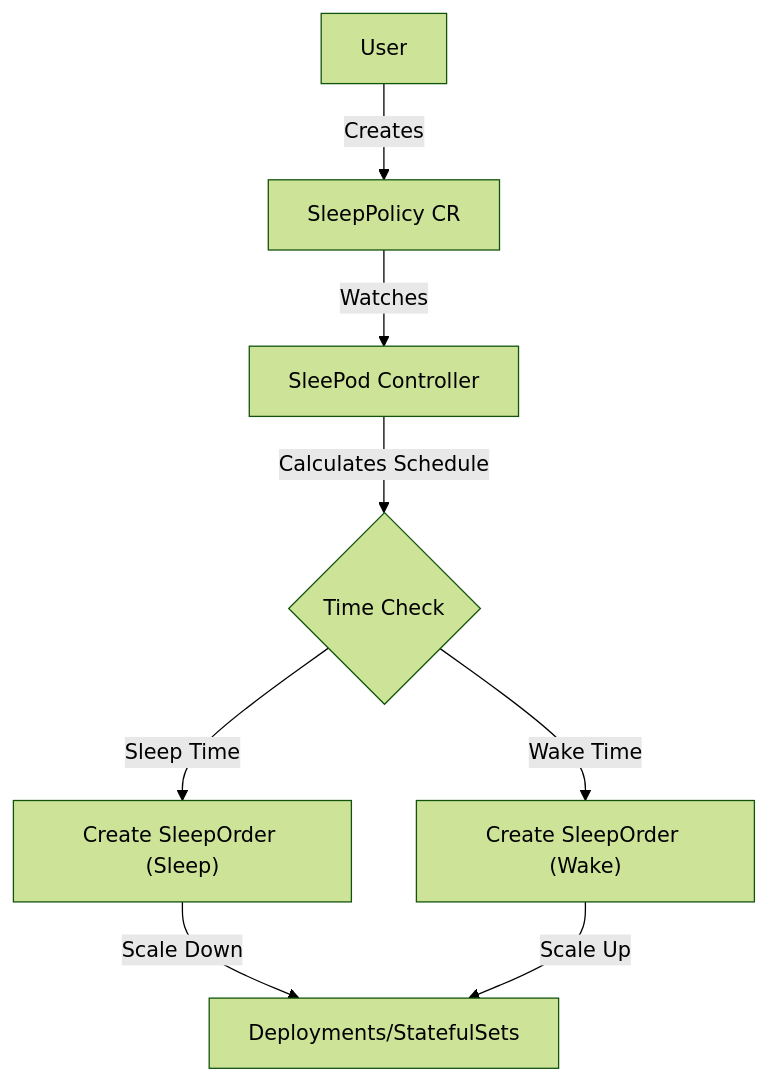
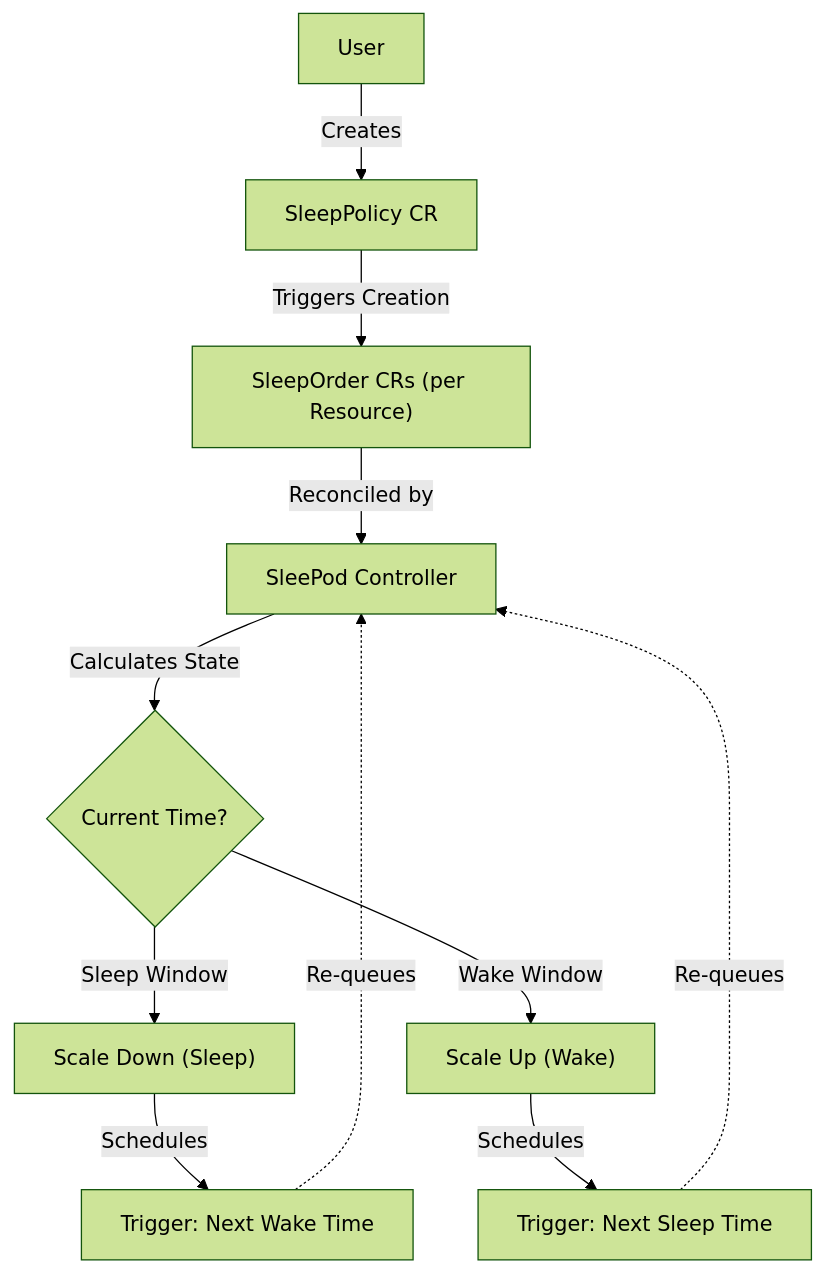
The diagram in README.md (sleepod-io/Sleepod-controller), drawn with Mermaid (forest theme) before and after one commit.

Commit message:
Update README with SleepPolicy and SleepOrder flow

````diff
--- a/README.md
+++ b/README.md
@@ -11,10 +11,16 @@
 ```mermaid
 graph TD
     User["User"] -->|Creates| Policy["SleepPolicy CR"]
-    Policy -->|Watches| Controller["SleePod Controller"]
-    Controller -->|Calculates Schedule| Timer{"Time Check"}
-    Timer -->|Sleep Time| SleepCtx["Create SleepOrder (Sleep)"]
-    Timer -->|Wake Time| WakeCtx["Create SleepOrder (Wake)"]
-    SleepCtx -->|Scale Down| Resources["Deployments/StatefulSets"]
-    WakeCtx -->|Scale Up| Resources
+    Policy -->|Triggers Creation| Orders["SleepOrder CRs (per Resource)"]
+    Orders -->|Reconciled by| Controller["SleePod Controller"]
+    Controller -->|Calculates State| State{"Current Time?"}
+    
+    State -->|Sleep Window| SleepAction["Scale Down (Sleep)"]
+    State -->|Wake Window| WakeAction["Scale Up (Wake)"]
+    
+    SleepAction -->|Schedules| NextWake["Trigger: Next Wake Time"]
+    WakeAction -->|Schedules| NextSleep["Trigger: Next Sleep Time"]
+    
+    NextWake -.->|Re-queues| Controller
+    NextSleep -.->|Re-queues| Controller
 ```
````
